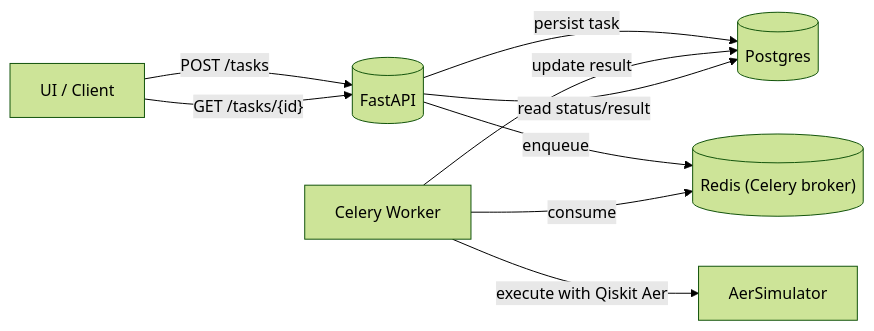
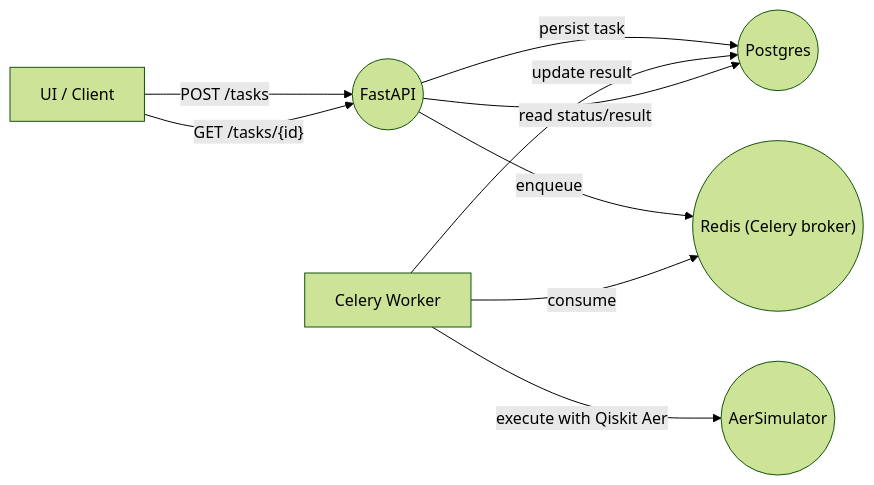
One commit to akashkthkr/quantum_task_classiq changed the first of 2 diagrams in README.md. Above: the diagram before and after it, drawn with Mermaid (forest theme). The commit also changed other lines of this file and 5 other files, not shown here.

````diff
--- a/README.md
+++ b/README.md
@@ -145,11 +145,11 @@
 ```mermaid
 graph LR
-  U["UI / Client"] -->|"POST /tasks"| API[("FastAPI")]
+  U["UI / Client"] -->|"POST /tasks"| API(("FastAPI"))
   U -->|"GET /tasks/{id}"| API
-  API -->|"persist task"| PG[("Postgres")]
-  API -->|"enqueue"| REDIS[("Redis (Celery broker)")]
+  API -->|"persist task"| PG(("Postgres"))
+  API -->|"enqueue"| REDIS(("Redis (Celery broker)"))
   WORKER["Celery Worker"] -->|"consume"| REDIS
-  WORKER -->|"execute with Qiskit Aer"| AER["AerSimulator"]
+  WORKER -->|"execute with Qiskit Aer"| AER(("AerSimulator"))
   WORKER -->|"update result"| PG
   API -->|"read status/result"| PG
 ```
````
